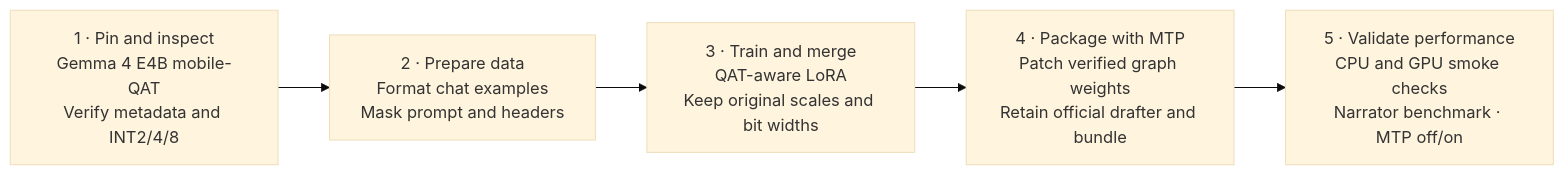
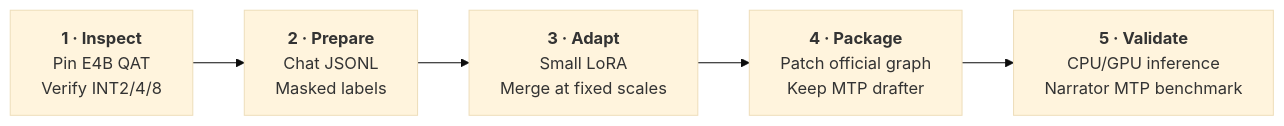
Before and after one commit to robinkrystufek/Forge-E4B-p: the diagram in README.md, drawn with Mermaid (base theme). The commit also changed other lines of this file, not shown here.

Commit message:
Improve README flowchart labels and summary

````diff
--- a/README.md
+++ b/README.md
@@ -21,9 +21,9 @@
 ```mermaid
 flowchart LR
-    A["1 · Pin and inspect<br/>Gemma 4 E4B mobile-QAT<br/>Verify metadata and INT2/4/8"]
-    B["2 · Prepare data<br/>Format chat examples<br/>Mask prompt and headers"]
-    C["3 · Train and merge<br/>QAT-aware LoRA<br/>Keep original scales and bit widths"]
-    D["4 · Package with MTP<br/>Patch verified graph weights<br/>Retain official drafter and bundle"]
-    E["5 · Validate performance<br/>CPU and GPU smoke checks<br/>Narrator benchmark · MTP off/on"]
+    A["`**1 · Inspect**<br/>Pin E4B QAT<br/>Verify INT2/4/8`"]
+    B["`**2 · Prepare**<br/>Chat JSONL<br/>Masked labels`"]
+    C["`**3 · Adapt**<br/>Small LoRA<br/>Merge at fixed scales`"]
+    D["`**4 · Package**<br/>Patch official graph<br/>Keep MTP drafter`"]
+    E["`**5 · Validate**<br/>CPU/GPU inference<br/>Narrator MTP benchmark`"]
     A --> B --> C --> D --> E
 ```
````
